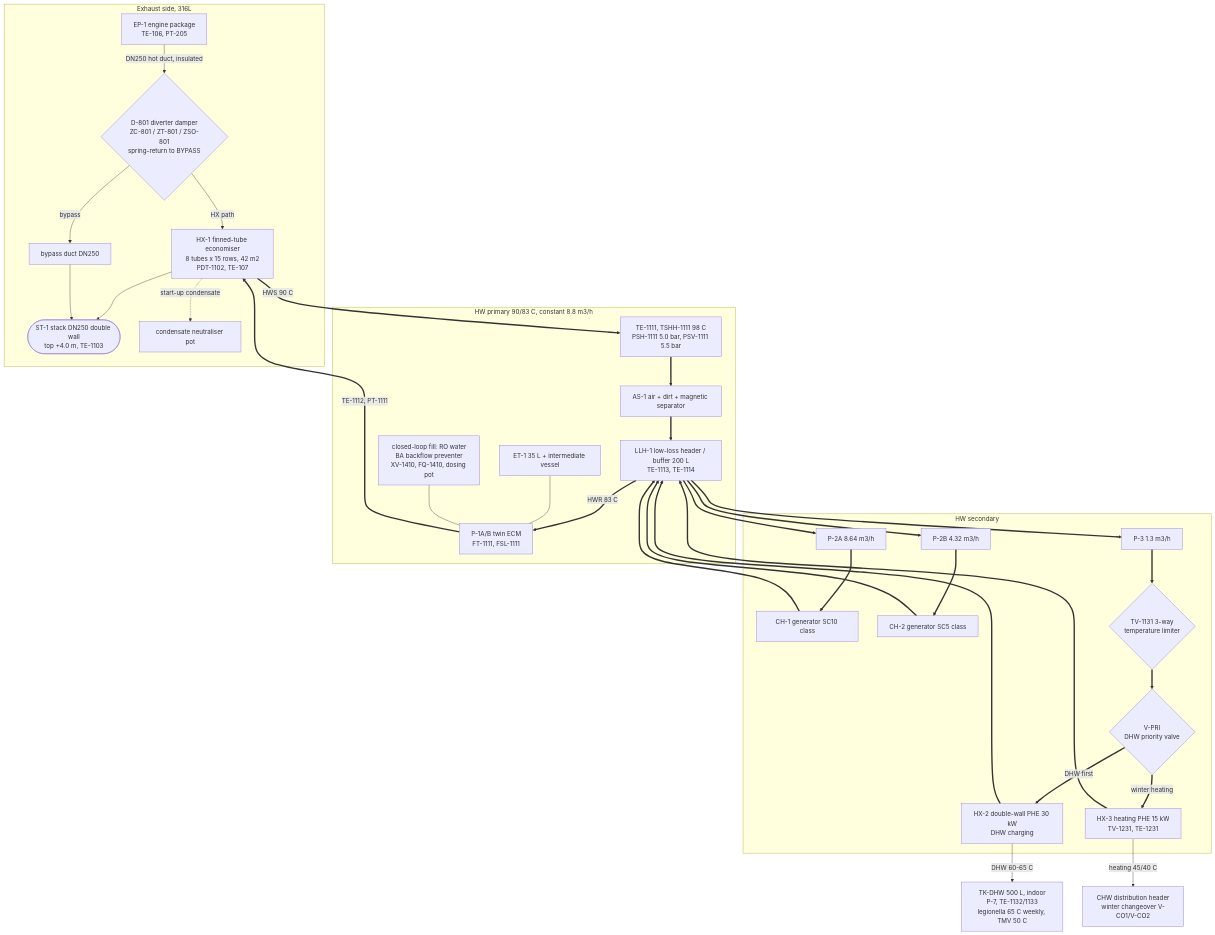
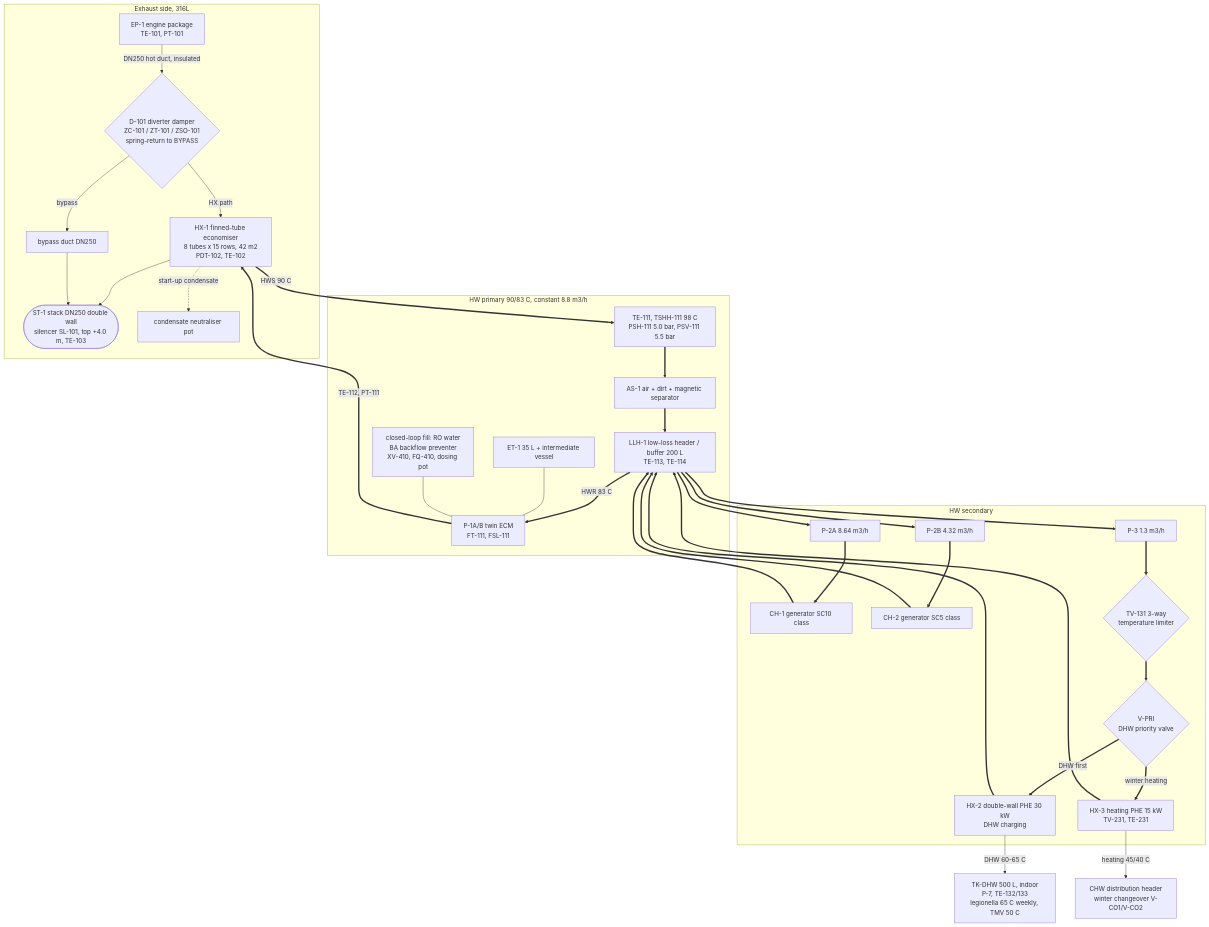
One commit to ahmadreza221/aurora-cchp changed the second of 4 diagrams in docs/hvac/01_pid.md. Above: the diagram before and after it, drawn with Mermaid. The commit also changed other lines of this file and 77 other files, not shown here.

````diff
--- a/docs/hvac/01_pid.md
+++ b/docs/hvac/01_pid.md
@@ -44,58 +46,58 @@
 ```mermaid
 flowchart TB
   subgraph EX["Exhaust side, 316L"]
-    ENG["EP-1 engine package<br/>TE-106, PT-205"]
-    D101{"D-801 diverter damper<br/>ZC-801 / ZT-801 / ZSO-801<br/>spring-return to BYPASS"}
-    HX1["HX-1 finned-tube economiser<br/>8 tubes x 15 rows, 42 m2<br/>PDT-1102, TE-107"]
+    ENG["EP-1 engine package<br/>TE-101, PT-101"]
+    D101{"D-101 diverter damper<br/>ZC-101 / ZT-101 / ZSO-101<br/>spring-return to BYPASS"}
+    HX1["HX-1 finned-tube economiser<br/>8 tubes x 15 rows, 42 m2<br/>PDT-102, TE-102"]
     BYP["bypass duct DN250"]
-    ST1(["ST-1 stack DN250 double wall<br/>top +4.0 m, TE-1103"])
+    ST1(["ST-1 stack DN250 double wall<br/>silencer SL-101, top +4.0 m, TE-103"])
     NP["condensate neutraliser pot"]
     ENG -->|"DN250 hot duct, insulated"| D101
     D101 -->|"HX path"| HX1
     D101 -->|"bypass"| BYP
     HX1 --> ST1
     BYP --> ST1
     HX1 -.->|"start-up condensate"| NP
   end
   subgraph HWP["HW primary 90/83 C, constant 8.8 m3/h"]
-    SAF["TE-1111, TSHH-1111 98 C<br/>PSH-1111 5.0 bar, PSV-1111 5.5 bar"]
+    SAF["TE-111, TSHH-111 98 C<br/>PSH-111 5.0 bar, PSV-111 5.5 bar"]
     AS1["AS-1 air + dirt + magnetic separator"]
-    LLH["LLH-1 low-loss header / buffer 200 L<br/>TE-1113, TE-1114"]
-    P1["P-1A/B twin ECM<br/>FT-1111, FSL-1111"]
+    LLH["LLH-1 low-loss header / buffer 200 L<br/>TE-113, TE-114"]
+    P1["P-1A/B twin ECM<br/>FT-111, FSL-111"]
     ET1["ET-1 35 L + intermediate vessel"]
-    FILL["closed-loop fill: RO water<br/>BA backflow preventer<br/>XV-1410, FQ-1410, dosing pot"]
+    FILL["closed-loop fill: RO water<br/>BA backflow preventer<br/>XV-410, FQ-410, dosing pot"]
     SAF ==> AS1 ==> LLH
     LLH ==>|"HWR 83 C"| P1
     ET1 --- P1
     FILL --- P1
   end
   subgraph HWS["HW secondary"]
     P2A["P-2A 8.64 m3/h"]
     G1["CH-1 generator SC10 class"]
     P2B["P-2B 4.32 m3/h"]
     G2["CH-2 generator SC5 class"]
     P3["P-3 1.3 m3/h"]
-    TV131{"TV-1131 3-way<br/>temperature limiter"}
+    TV131{"TV-131 3-way<br/>temperature limiter"}
     VPRI{"V-PRI<br/>DHW priority valve"}
     HX2["HX-2 double-wall PHE 30 kW<br/>DHW charging"]
-    HX3["HX-3 heating PHE 15 kW<br/>TV-1231, TE-1231"]
+    HX3["HX-3 heating PHE 15 kW<br/>TV-231, TE-231"]
     P2A ==> G1
     P2B ==> G2
     P3 ==> TV131 ==> VPRI
     VPRI ==>|"DHW first"| HX2
     VPRI ==>|"winter heating"| HX3
   end
-  DHW["TK-DHW 500 L, indoor<br/>P-7, TE-1132/1133<br/>legionella 65 C weekly, TMV 50 C"]
+  DHW["TK-DHW 500 L, indoor<br/>P-7, TE-132/133<br/>legionella 65 C weekly, TMV 50 C"]
   CHWNET["CHW distribution header<br/>winter changeover V-CO1/V-CO2"]
   HX1 ==>|"HWS 90 C"| SAF
-  P1 ==>|"TE-1112, PT-1111"| HX1
+  P1 ==>|"TE-112, PT-111"| HX1
   LLH ==> P2A
   LLH ==> P2B
   LLH ==> P3
   G1 ==> LLH
   G2 ==> LLH
   HX2 ==> LLH
   HX3 ==> LLH
   HX2 -->|"DHW 60-65 C"| DHW
   HX3 -->|"heating 45/40 C"| CHWNET
 ```
````
